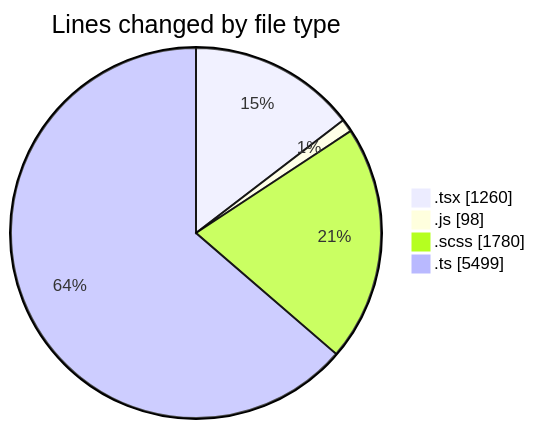
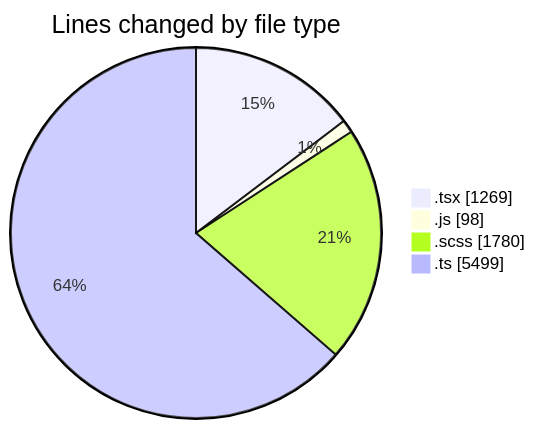
Before and after one commit to momahboobian/code-tracking: the first of 2 diagrams in 2025-03-31/cda/README.md, drawn with Mermaid. The commit also changed other lines of this file and 1 other file, not shown here.

````diff
--- a/2025-03-31/cda/README.md
+++ b/2025-03-31/cda/README.md
@@ -39,8 +39,8 @@
 ```mermaid
 pie showData
 title Lines changed by file type
-".tsx" : 1260
+".tsx" : 1269
 ".js" : 98
 ".scss" : 1780
 ".ts" : 5499
 ```
````
